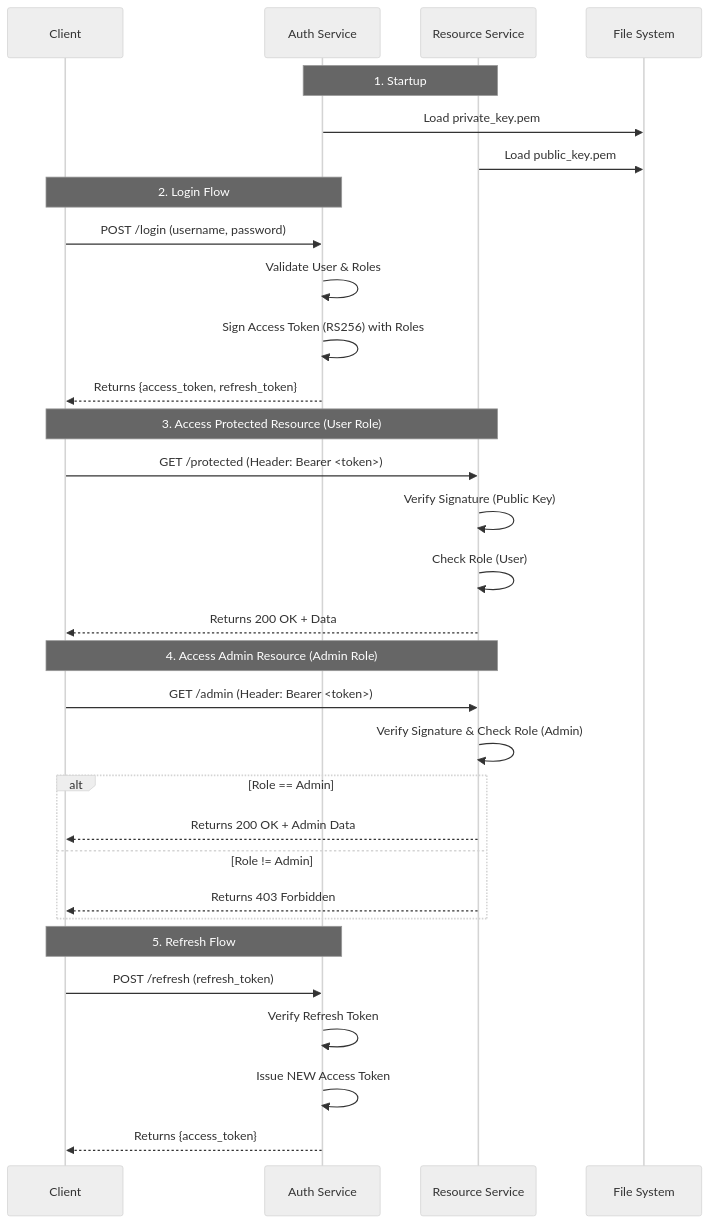
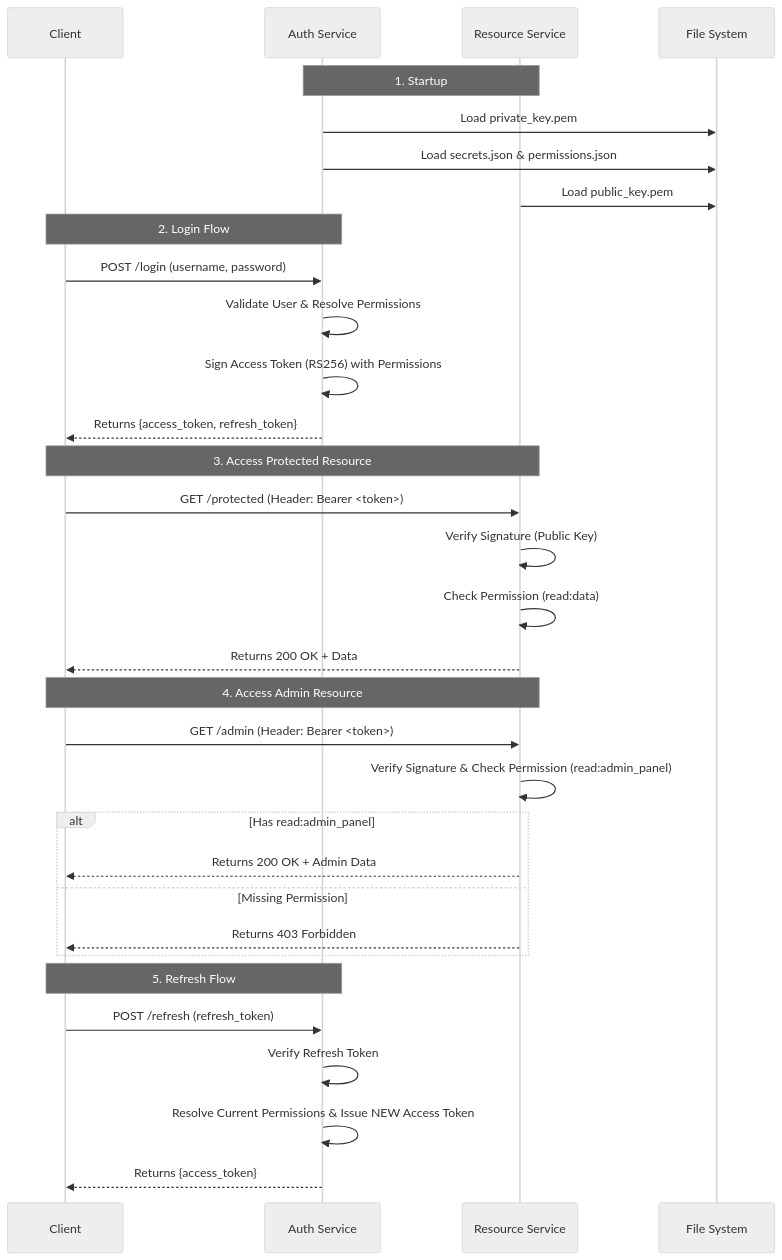
Before and after one commit to psreekrishnan/jwt-auth-service: the diagram in architecture.md, drawn with Mermaid (neutral theme). The commit also changed other lines of this file and 7 other files, not shown here.

````diff
--- a/architecture.md
+++ b/architecture.md
@@ -25,38 +25,39 @@
 ```mermaid
 sequenceDiagram
     participant Client
     participant Auth as Auth Service
     participant Resource as Resource Service
     participant FS as File System
 
     Note over Auth, Resource: 1. Startup
     Auth->>FS: Load private_key.pem
+    Auth->>FS: Load secrets.json & permissions.json
     Resource->>FS: Load public_key.pem
 
     Note over Client, Auth: 2. Login Flow
     Client->>Auth: POST /login (username, password)
-    Auth->>Auth: Validate User & Roles
-    Auth->>Auth: Sign Access Token (RS256) with Roles
+    Auth->>Auth: Validate User & Resolve Permissions
+    Auth->>Auth: Sign Access Token (RS256) with Permissions
     Auth-->>Client: Returns {access_token, refresh_token}
 
-    Note over Client, Resource: 3. Access Protected Resource (User Role)
+    Note over Client, Resource: 3. Access Protected Resource
     Client->>Resource: GET /protected (Header: Bearer <token>)
     Resource->>Resource: Verify Signature (Public Key)
-    Resource->>Resource: Check Role (User)
+    Resource->>Resource: Check Permission (read:data)
     Resource-->>Client: Returns 200 OK + Data
 
-    Note over Client, Resource: 4. Access Admin Resource (Admin Role)
+    Note over Client, Resource: 4. Access Admin Resource
     Client->>Resource: GET /admin (Header: Bearer <token>)
-    Resource->>Resource: Verify Signature & Check Role (Admin)
-    alt Role == Admin
+    Resource->>Resource: Verify Signature & Check Permission (read:admin_panel)
+    alt Has read:admin_panel
         Resource-->>Client: Returns 200 OK + Admin Data
-    else Role != Admin
+    else Missing Permission
         Resource-->>Client: Returns 403 Forbidden
     end
 
     Note over Client, Auth: 5. Refresh Flow
     Client->>Auth: POST /refresh (refresh_token)
     Auth->>Auth: Verify Refresh Token
-    Auth->>Auth: Issue NEW Access Token
+    Auth->>Auth: Resolve Current Permissions & Issue NEW Access Token
     Auth-->>Client: Returns {access_token}
 ```
````
